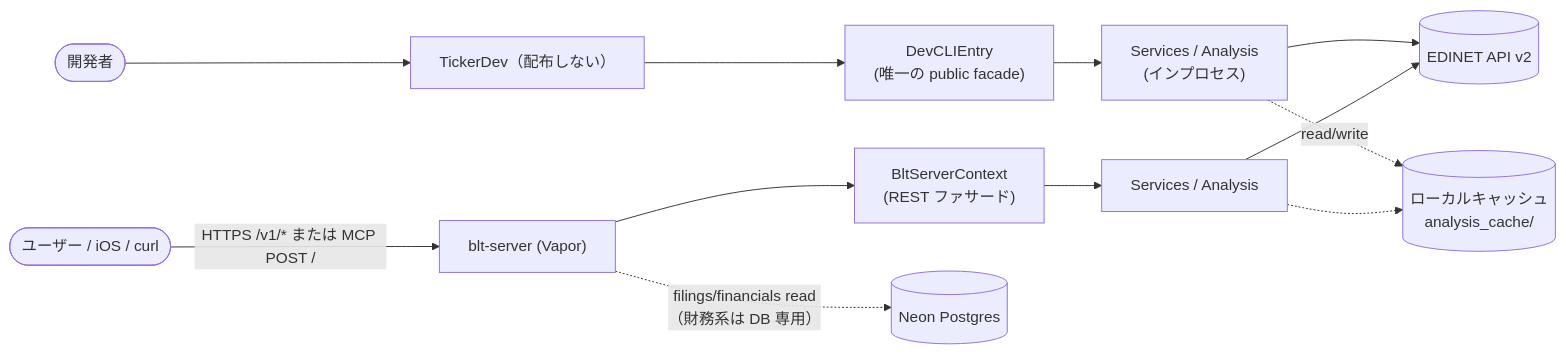
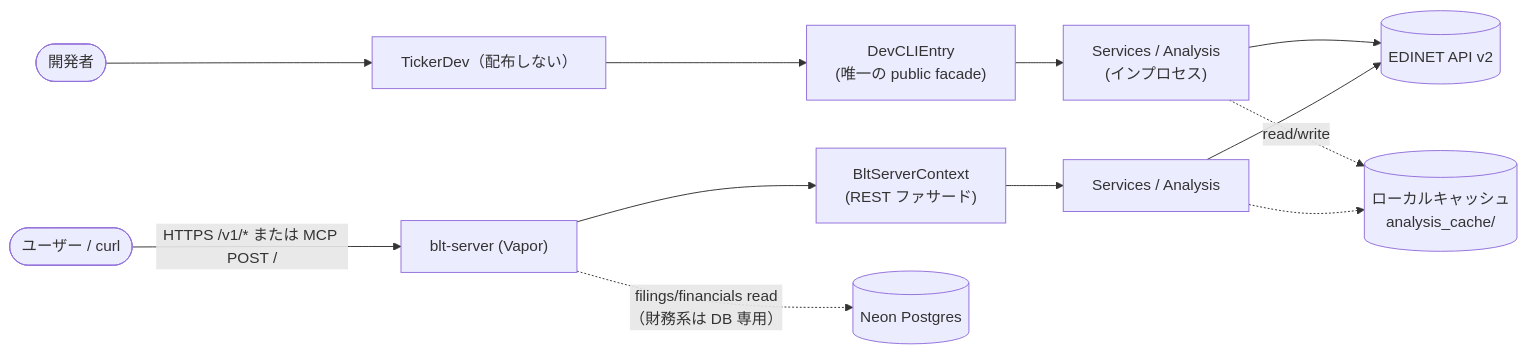
Before and after one commit to sollahiro/blue-ticker: the second of 4 diagrams in docs/architecture.md, drawn with Mermaid. The commit also changed other lines of this file and 26 other files, not shown here.

````diff
--- a/docs/architecture.md
+++ b/docs/architecture.md
@@ -77,14 +77,14 @@
 ```mermaid
 flowchart LR
-    user(["ユーザー / iOS / curl"]) -->|"HTTPS /v1/* または MCP POST /"| server["blt-server (Vapor)"]
+    user(["ユーザー / curl"]) -->|"HTTPS /v1/* または MCP POST /"| server["blt-server (Vapor)"]
     dev(["開発者"]) --> devcli["TickerDev（配布しない）"]
     devcli --> facade0["DevCLIEntry<br/>(唯一の public facade)"]
     facade0 --> svc["Services / Analysis<br/>(インプロセス)"]
     server --> facade["BltServerContext<br/>(REST ファサード)"]
     facade --> svc2["Services / Analysis"]
     svc --> edinet[("EDINET API v2")]
     svc2 --> edinet
     svc -.->|read/write| cache[("ローカルキャッシュ<br/>analysis_cache/")]
     svc2 -.-> cache
     server -.->|"filings/financials read<br/>（財務系は DB 専用）"| pg[("Neon Postgres")]
 ```
````
